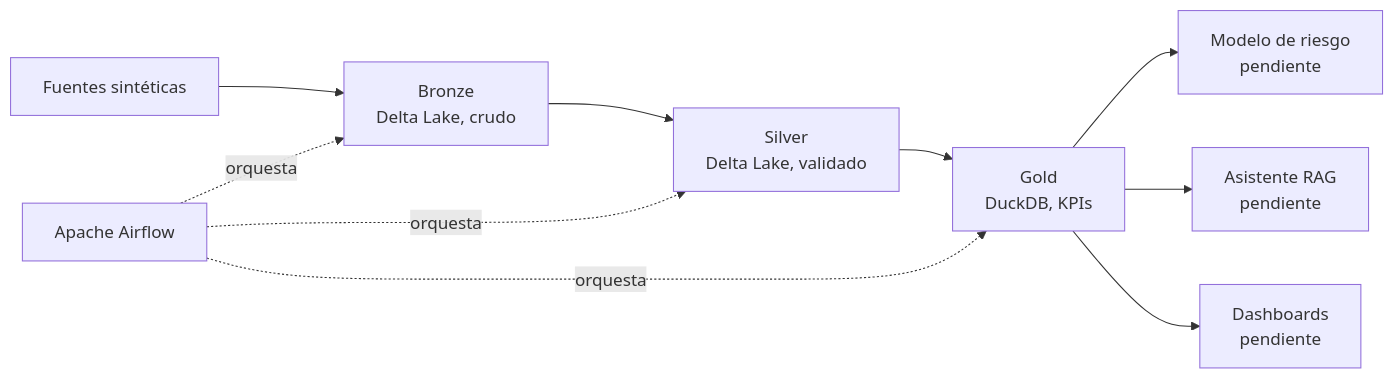
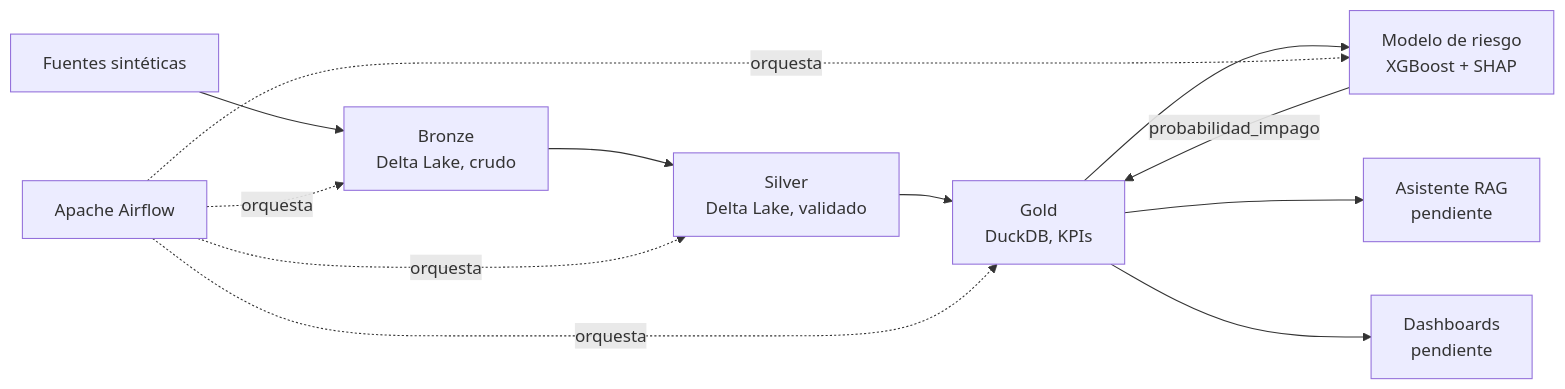
One commit to nox-sudo/digital-twin-bbva changed the diagram in README.md. Above: the diagram before and after it, drawn with Mermaid. The commit also changed other lines of this file, not shown here.

First line of the commit message:
docs(readme): reflejar el modelo de riesgo y el arranque con demo.sh

````diff
--- a/README.md
+++ b/README.md
@@ -34,13 +34,15 @@
 ```mermaid
 flowchart LR
     A[Fuentes sintéticas] --> B[Bronze<br/>Delta Lake, crudo]
     B --> C[Silver<br/>Delta Lake, validado]
     C --> D[Gold<br/>DuckDB, KPIs]
-    D --> E[Modelo de riesgo<br/>pendiente]
+    D --> E[Modelo de riesgo<br/>XGBoost + SHAP]
+    E -->|probabilidad_impago| D
     D --> F[Asistente RAG<br/>pendiente]
     D --> G[Dashboards<br/>pendiente]
 
     H[Apache Airflow] -.orquesta.-> B
     H -.orquesta.-> C
     H -.orquesta.-> D
+    H -.orquesta.-> E
 ```
````
